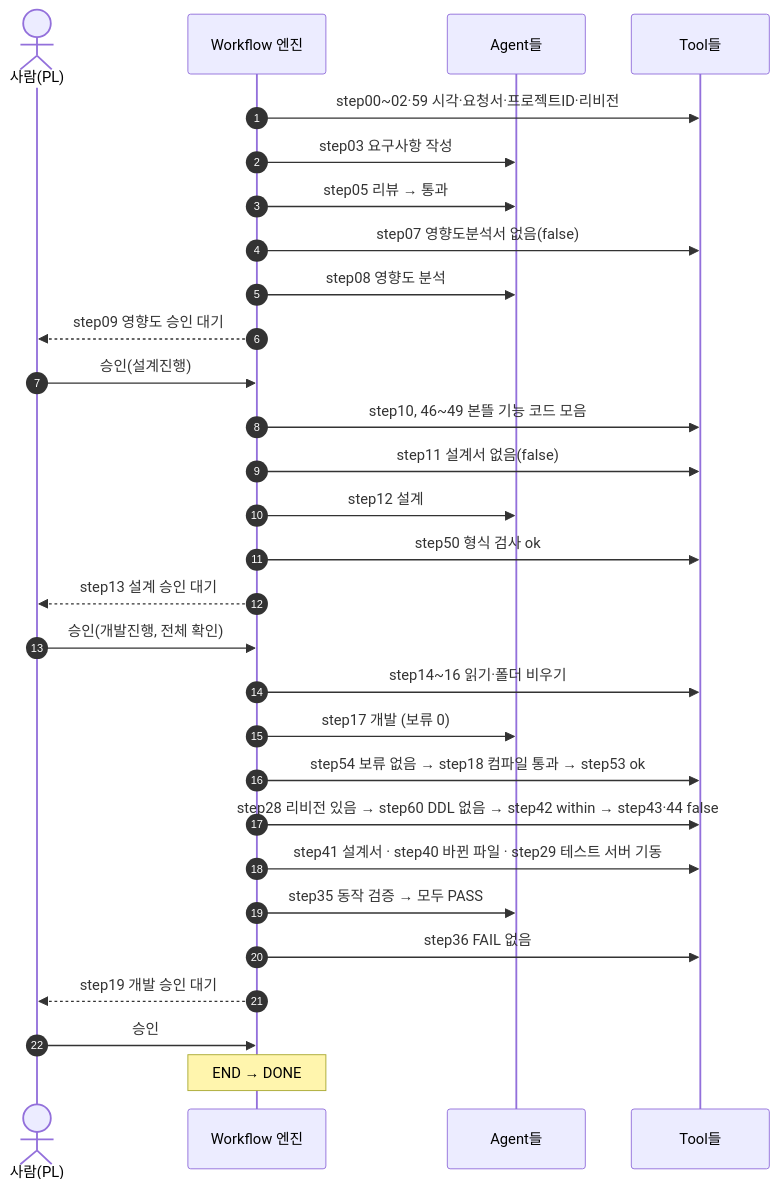
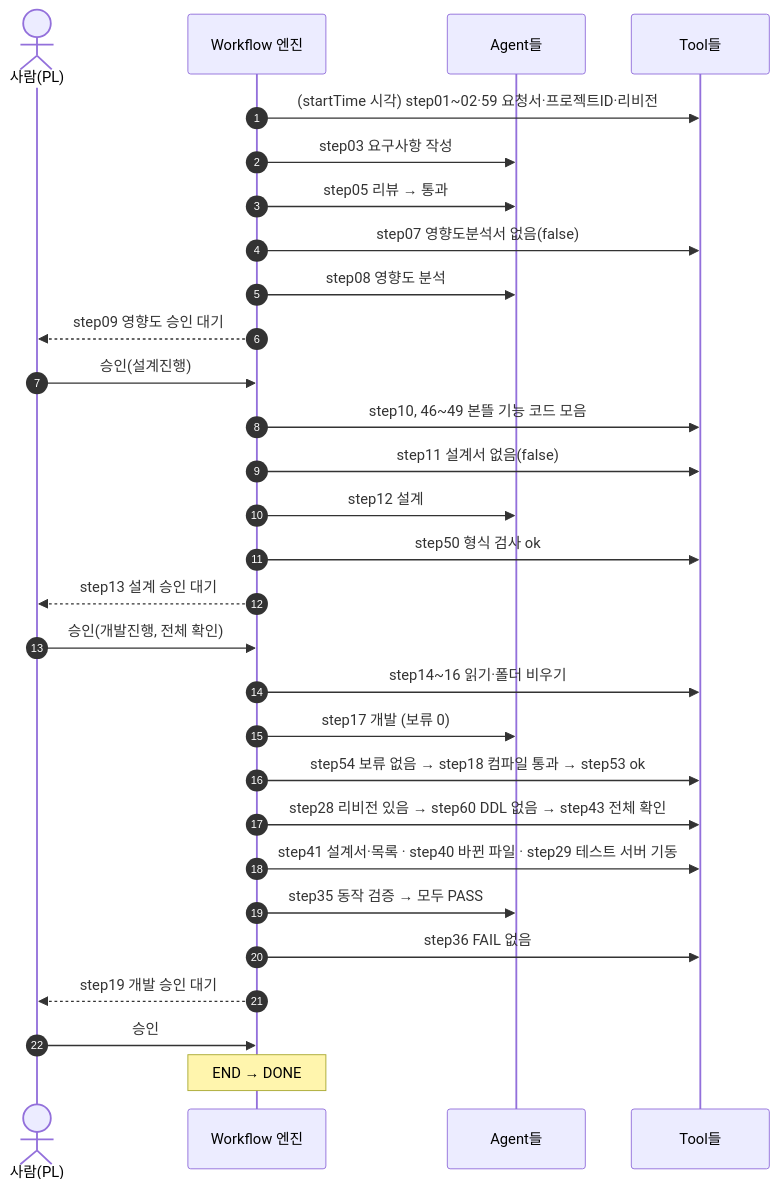
Before and after one commit to YongSoekChoeng/dstone: diagram 22 of 24 in docs/09.dstone-ai-engine-sm-workflow.md, drawn with Mermaid. The commit also changed other lines of this file and 26 other files, not shown here.

````diff
--- a/docs/09.dstone-ai-engine-sm-workflow.md
+++ b/docs/09.dstone-ai-engine-sm-workflow.md
@@ -1633,31 +1565,31 @@
 ```mermaid
 sequenceDiagram
     autonumber
     actor PL as 사람(PL)
     participant WF as Workflow 엔진
     participant AG as Agent들
     participant TL as Tool들
-    WF->>TL: step00~02·59 시각·요청서·프로젝트ID·리비전
+    WF->>TL: (startTime 시각) step01~02·59 요청서·프로젝트ID·리비전
     WF->>AG: step03 요구사항 작성
     WF->>AG: step05 리뷰 → 통과
     WF->>TL: step07 영향도분석서 없음(false)
     WF->>AG: step08 영향도 분석
     WF-->>PL: step09 영향도 승인 대기
     PL->>WF: 승인(설계진행)
     WF->>TL: step10, 46~49 본뜰 기능 코드 모음
     WF->>TL: step11 설계서 없음(false)
     WF->>AG: step12 설계
     WF->>TL: step50 형식 검사 ok
     WF-->>PL: step13 설계 승인 대기
     PL->>WF: 승인(개발진행, 전체 확인)
     WF->>TL: step14~16 읽기·폴더 비우기
     WF->>AG: step17 개발 (보류 0)
     WF->>TL: step54 보류 없음 → step18 컴파일 통과 → step53 ok
-    WF->>TL: step28 리비전 있음 → step60 DDL 없음 → step42 within → step43·44 false
-    WF->>TL: step41 설계서 · step40 바뀐 파일 · step29 테스트 서버 기동
+    WF->>TL: step28 리비전 있음 → step60 DDL 없음 → step43 전체 확인
+    WF->>TL: step41 설계서·목록 · step40 바뀐 파일 · step29 테스트 서버 기동
     WF->>AG: step35 동작 검증 → 모두 PASS
     WF->>TL: step36 FAIL 없음
     WF-->>PL: step19 개발 승인 대기
     PL->>WF: 승인
     Note over WF: END → DONE
 ```
````
